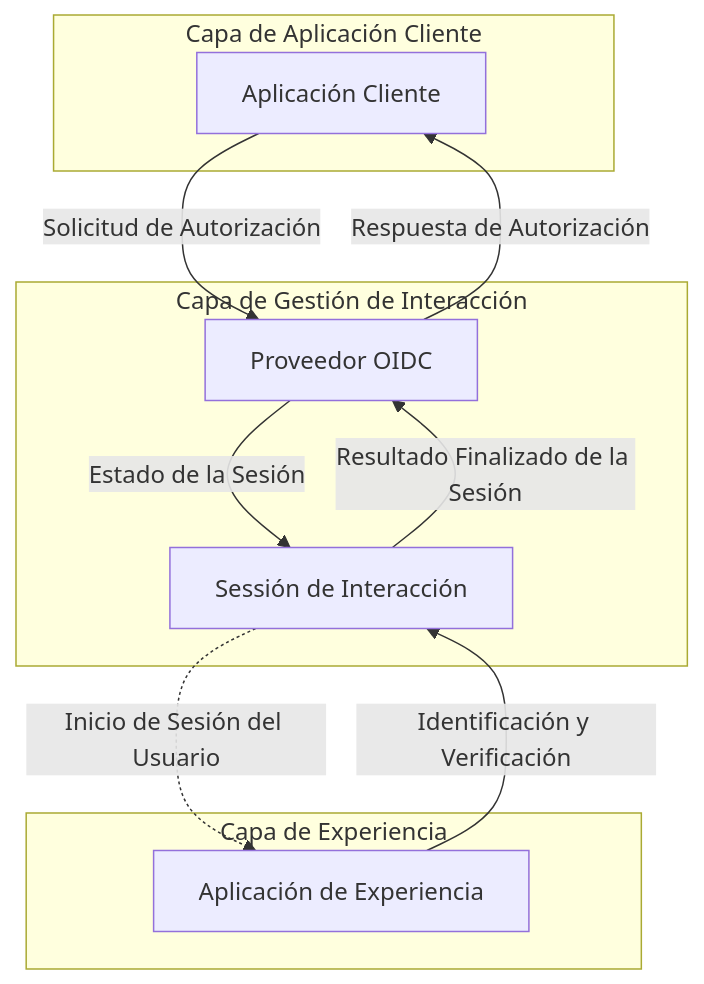
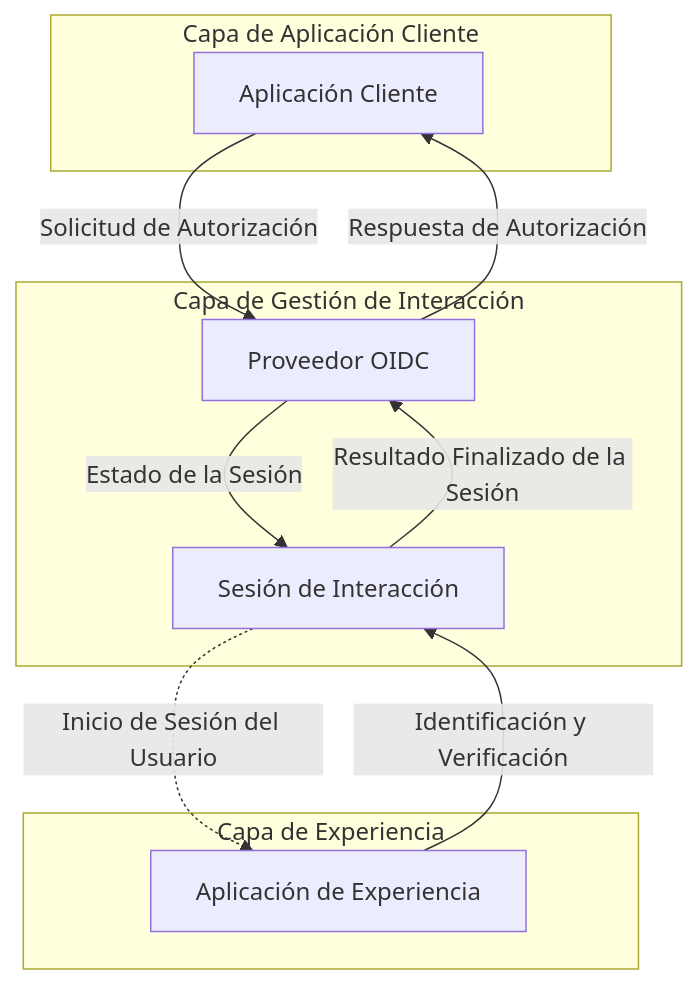
Before and after one commit to logto-io/docs: the second of 2 diagrams in i18n/es/docusaurus-plugin-content-docs/current/end-user-flows/sign-up-and-sign-in/README.mdx, drawn with Mermaid. The commit also changed other lines of this file and 407 other files, not shown here.

````diff
--- a/i18n/es/docusaurus-plugin-content-docs/current/end-user-flows/sign-up-and-sign-in/README.mdx
+++ b/i18n/es/docusaurus-plugin-content-docs/current/end-user-flows/sign-up-and-sign-in/README.mdx
@@ -47,24 +47,24 @@
 ```mermaid
 flowchart TD
   %% Capas
   subgraph Layer1 [Capa de Aplicación Cliente]
       A[Aplicación Cliente]
   end
 
   subgraph Layer2 [Capa de Gestión de Interacción]
       B[Proveedor OIDC]
-      C[Sessión de Interacción]
+      C[Sesión de Interacción]
   end
 
   subgraph Layer3 [Capa de Experiencia]
       D[Aplicación de Experiencia]
   end
 
   %% Conexiones
   A --> |Solicitud de Autorización| B
   B --> |Estado de la Sesión| C
   C -.-> |Inicio de Sesión del Usuario| D
   D --> |Identificación y Verificación| C
   C --> |Resultado Finalizado de la Sesión| B
   B --> |Respuesta de Autorización| A
 ```
````
